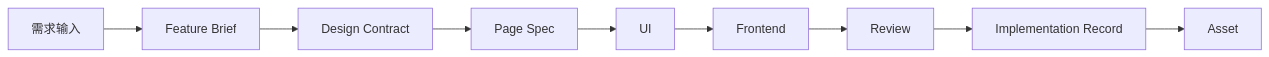
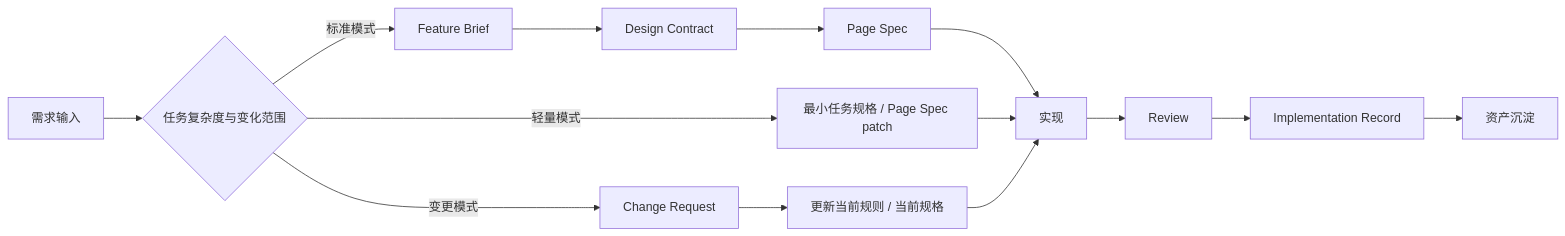
One commit to clarence1026/Spec-Driven-Development changed the diagram in docs/02-标准交付链路与核心原则.md. Above: the diagram before and after it, drawn with Mermaid. The commit also changed other lines of this file and 16 other files, not shown here.

````diff
--- a/docs/02-标准交付链路与核心原则.md
+++ b/docs/02-标准交付链路与核心原则.md
@@ -11,11 +14,16 @@
 ```mermaid
 flowchart LR
-    A[需求输入] --> B[Feature Brief]
-    B --> C[Design Contract]
-    C --> D[Page Spec]
-    D --> E[UI]
-    E --> F[Frontend]
-    F --> G[Review]
-    G --> H[Implementation Record]
-    H --> I[Asset]
+    A[需求输入] --> B{任务复杂度与变化范围}
+    B -->|标准模式| C[Feature Brief]
+    C --> D[Design Contract]
+    D --> E[Page Spec]
+    E --> F[实现]
+    B -->|轻量模式| G[最小任务规格 / Page Spec patch]
+    G --> F
+    B -->|变更模式| H[Change Request]
+    H --> I[更新当前规则 / 当前规格]
+    I --> F
+    F --> J[Review]
+    J --> K[Implementation Record]
+    K --> L[资产沉淀]
 ```
````
